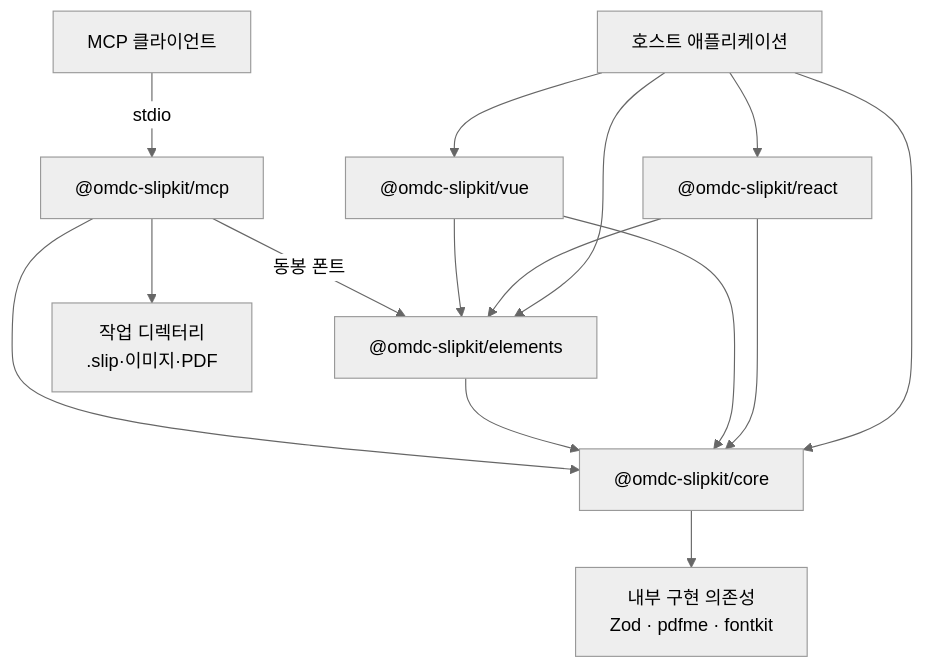
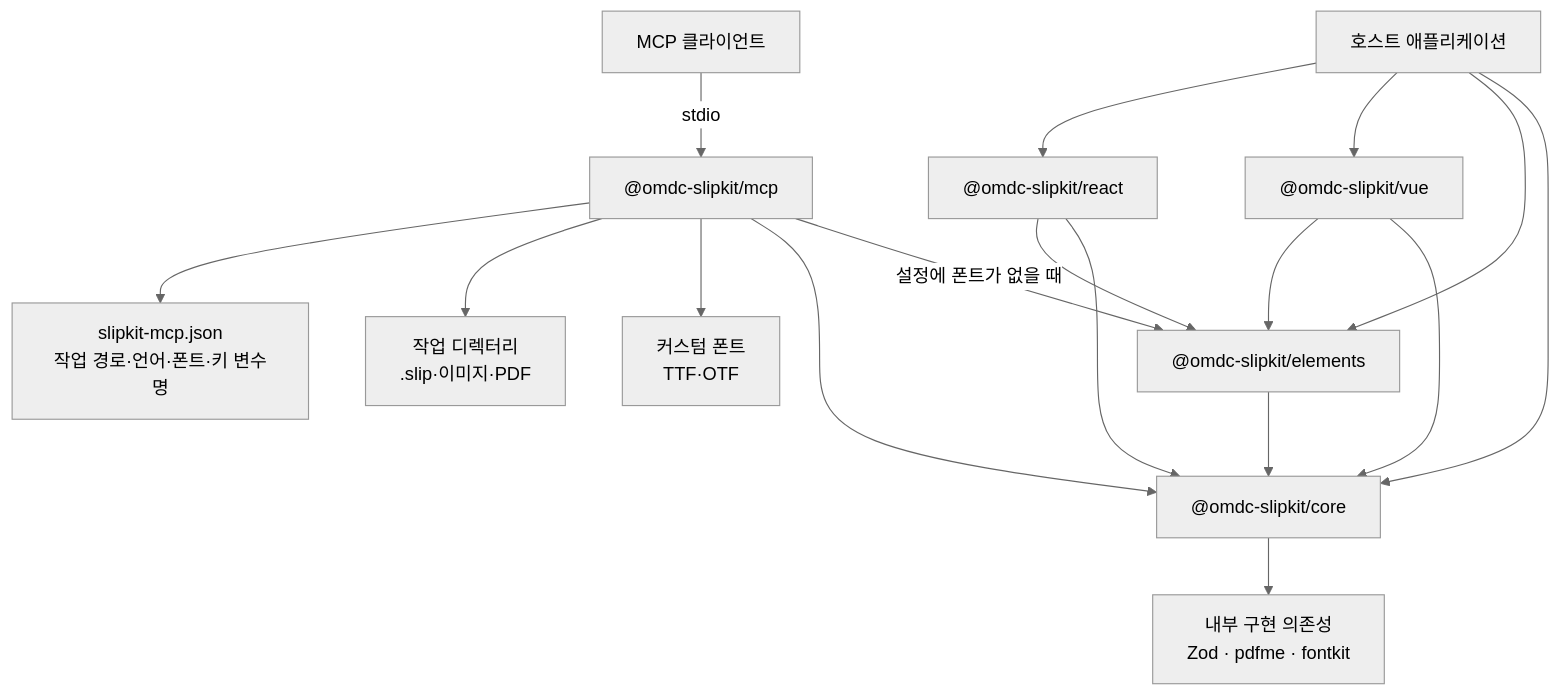
Before and after one commit to open-my-dev-com/drawing-report: the second of 7 diagrams in docs/ARCHITECTURE.md, drawn with Mermaid (neutral theme). The commit also changed other lines of this file and 17 other files, not shown here.

````diff
--- a/docs/ARCHITECTURE.md
+++ b/docs/ARCHITECTURE.md
@@ -70,30 +70,34 @@
 ```mermaid
 flowchart TB
     App["호스트 애플리케이션"]
 
     React["@omdc-slipkit/react"]
     Vue["@omdc-slipkit/vue"]
     Elements["@omdc-slipkit/elements"]
     Core["@omdc-slipkit/core"]
     MCP["@omdc-slipkit/mcp"]
     AI["MCP 클라이언트"]
     Files["작업 디렉터리<br/>.slip·이미지·PDF"]
+    MCPConfig["slipkit-mcp.json<br/>작업 경로·언어·폰트·키 변수명"]
+    CustomFonts["커스텀 폰트<br/>TTF·OTF"]
 
     Internal["내부 구현 의존성<br/>Zod · pdfme · fontkit"]
 
     App --> React
     App --> Vue
     App --> Elements
     App --> Core
     AI -->|"stdio"| MCP
+    MCP --> MCPConfig
     MCP --> Files
+    MCP --> CustomFonts
 
     React --> Elements
     React --> Core
     Vue --> Elements
     Vue --> Core
     Elements --> Core
     MCP --> Core
-    MCP -->|"동봉 폰트"| Elements
+    MCP -->|"설정에 폰트가 없을 때"| Elements
     Core --> Internal
 ```
````
